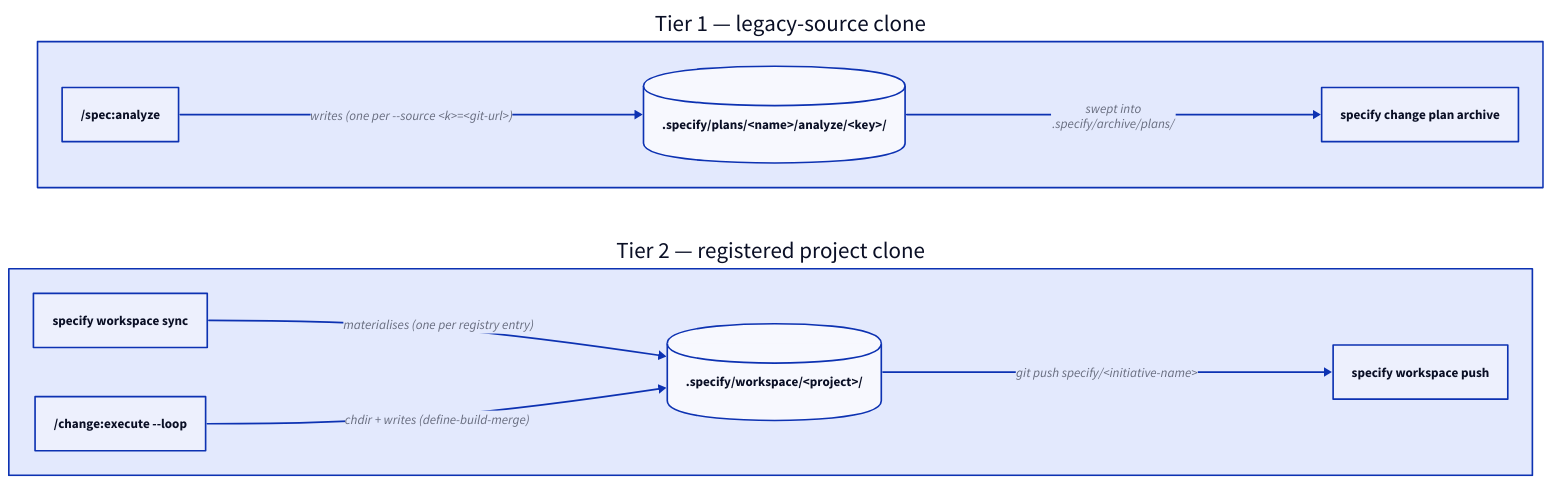
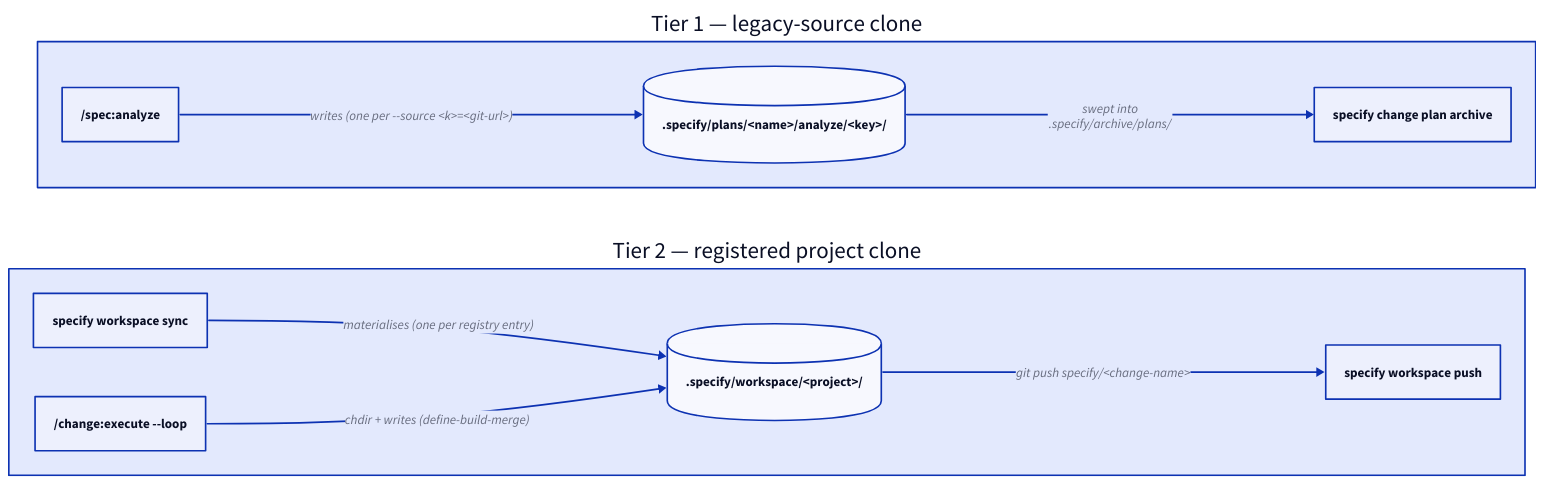
One commit to augentic/anvil changed the diagram in docs/explanation/workspace-tiers.md. Above: the diagram before and after it, drawn with D2. The commit also changed other lines of this file and 64 other files, not shown here.

````diff
--- a/docs/explanation/workspace-tiers.md
+++ b/docs/explanation/workspace-tiers.md
@@ -55,23 +55,23 @@
 ```d2
 direction: right
 
 tier1: "Tier 1 — legacy-source clone" {
   shape: rectangle
   loc: ".specify/plans/<name>/analyze/<key>/" {shape: cylinder}
   analyze: "/spec:analyze" {shape: rectangle}
   archive: "specify change plan archive" {shape: rectangle}
   analyze -> loc: "writes (one per --source <k>=<git-url>)"
   loc -> archive: "swept into\n.specify/archive/plans/"
 }
 
 tier2: "Tier 2 — registered project clone" {
   shape: rectangle
   loc: ".specify/workspace/<project>/" {shape: cylinder}
   sync: "specify workspace sync" {shape: rectangle}
   execute: "/change:execute --loop" {shape: rectangle}
   push: "specify workspace push" {shape: rectangle}
   sync -> loc: "materialises (one per registry entry)"
   execute -> loc: "chdir + writes (define-build-merge)"
-  loc -> push: "git push specify/<initiative-name>"
+  loc -> push: "git push specify/<change-name>"
 }
 ```
````
